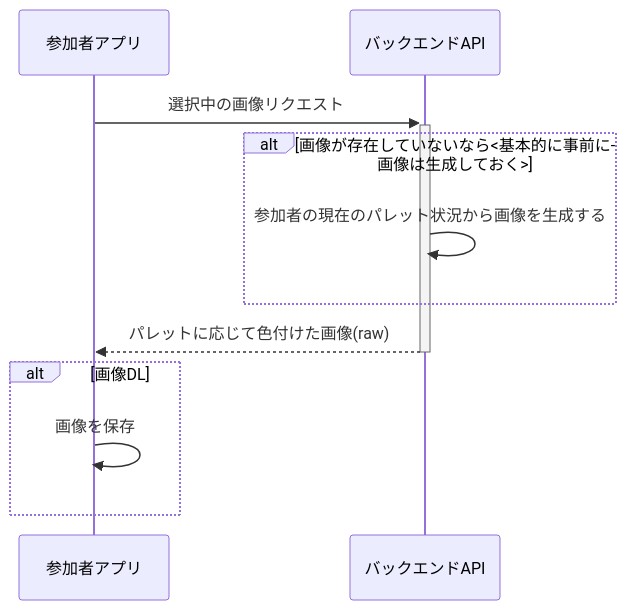
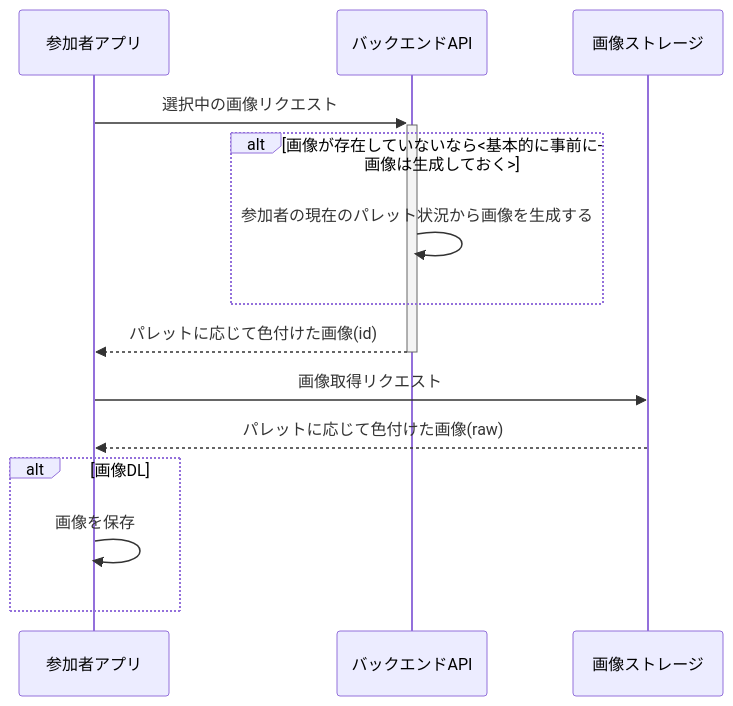
The fourth of 9 diagrams in docs/sequence/mobile.md (after-school-garbage-squad/repaint-architecture), drawn with Mermaid before and after one commit. The commit also changed other lines of this file, not shown here.

Commit message:
fix: change image raw to id

````diff
--- a/docs/sequence/mobile.md
+++ b/docs/sequence/mobile.md
@@ -50,13 +53,16 @@
 ```mermaid
 sequenceDiagram
     participant app as 参加者アプリ
     participant back as バックエンドAPI
+    participant storage as 画像ストレージ
     app ->>+ back: 選択中の画像リクエスト
     alt 画像が存在していないなら<基本的に事前に画像は生成しておく>
       back ->> back: 参加者の現在のパレット状況から画像を生成する
     end
-    back -->>- app: パレットに応じて色付けた画像(raw)
+    back -->>- app: パレットに応じて色付けた画像(id)
+    app ->> storage: 画像取得リクエスト
+    storage -->> app: パレットに応じて色付けた画像(raw)
     alt 画像DL
         app ->> app: 画像を保存
     end
 ```
````
